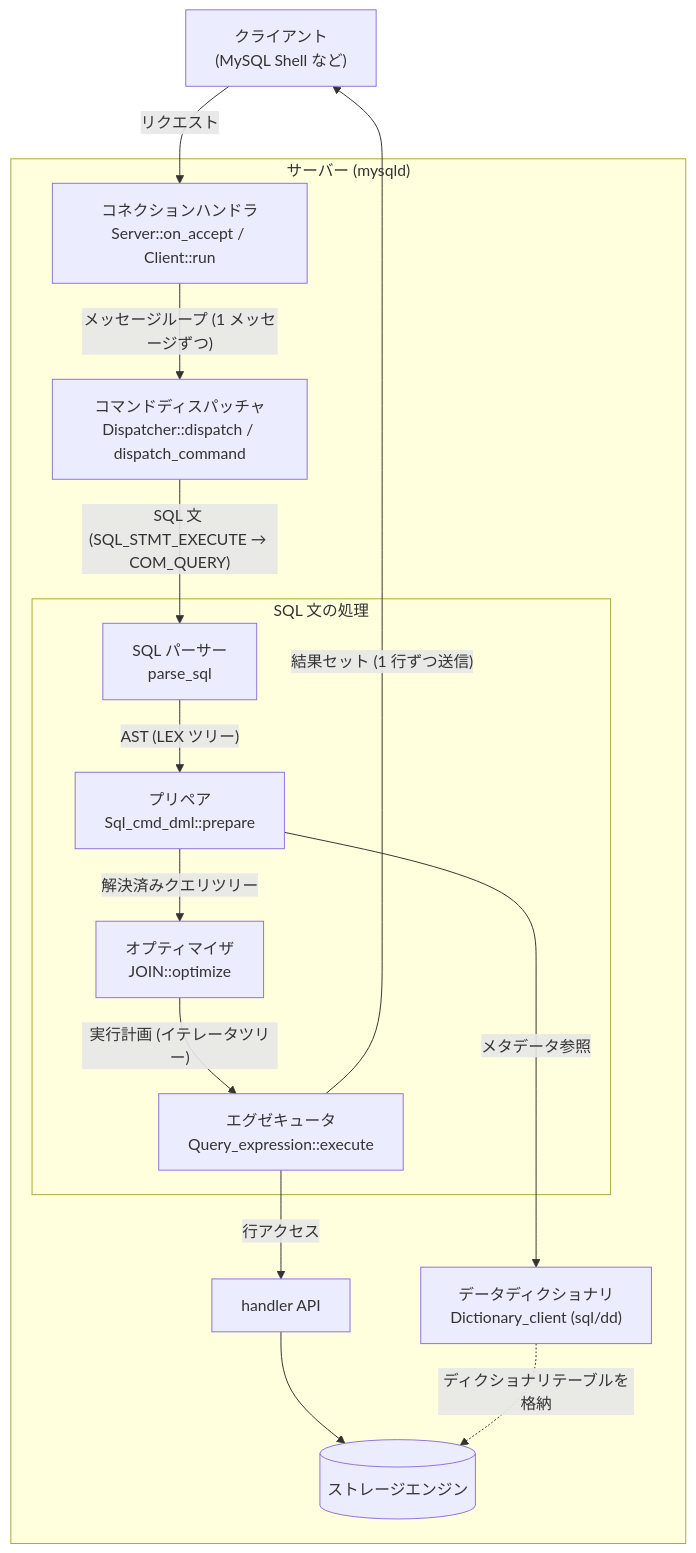
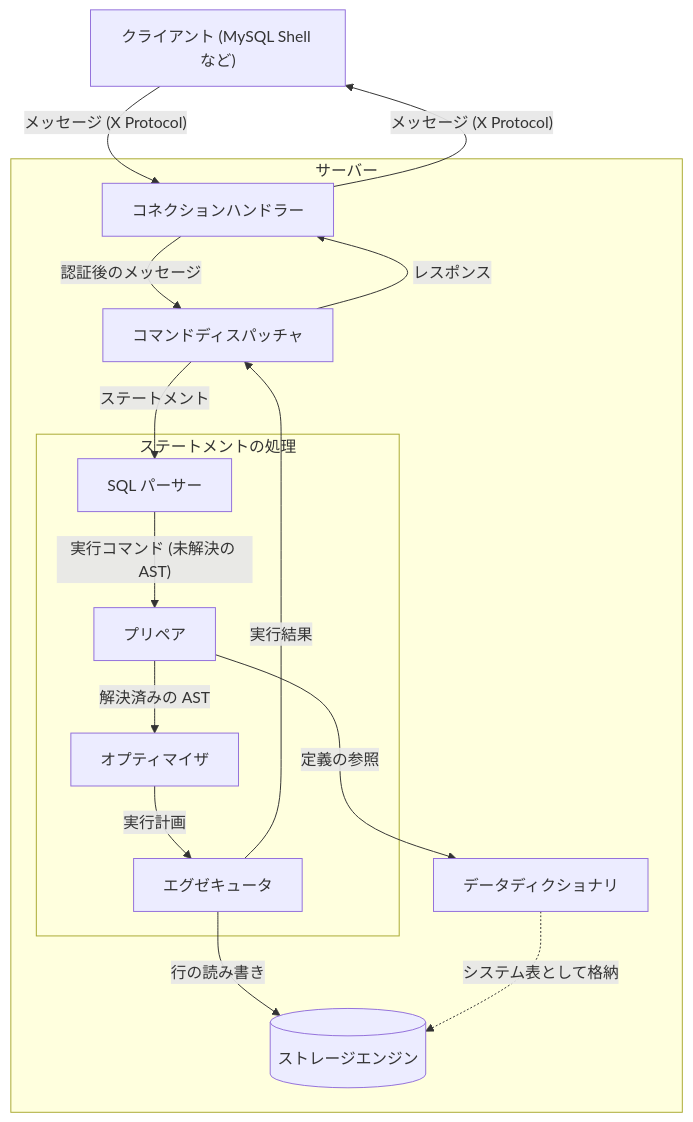
Before and after one commit to ren-yamanashi/minesql: the diagram in docs/specification/README.md, drawn with Mermaid. The commit also changed other lines of this file, not shown here.

````diff
--- a/docs/specification/README.md
+++ b/docs/specification/README.md
@@ -15,32 +7,32 @@
 ```mermaid
 flowchart TB
-    client["クライアント<br/>(MySQL Shell など)"]
+    client["クライアント (MySQL Shell など)"]
 
-    subgraph server["サーバー (mysqld)"]
-        conn["コネクションハンドラ<br/>Server::on_accept / Client::run"]
-        dispatcher["コマンドディスパッチャ<br/>Dispatcher::dispatch / dispatch_command"]
+    subgraph server["サーバー"]
+        conn["コネクションハンドラー"]
+        dispatcher["コマンドディスパッチャ"]
 
-        subgraph sqlproc["SQL 文の処理"]
-            parser["SQL パーサー<br/>parse_sql"]
-            prepare["プリペア<br/>Sql_cmd_dml::prepare"]
-            optimizer["オプティマイザ<br/>JOIN::optimize"]
-            executor["エグゼキュータ<br/>Query_expression::execute"]
+        subgraph sqlproc["ステートメントの処理"]
+            parser["SQL パーサー"]
+            prepare["プリペア"]
+            optimizer["オプティマイザ"]
+            executor["エグゼキュータ"]
         end
 
-        dict["データディクショナリ<br/>Dictionary_client (sql/dd)"]
-        handler["handler API"]
+        dict["データディクショナリ"]
         engine[("ストレージエンジン")]
     end
 
-    client -->|リクエスト| conn
-    conn -->|"メッセージループ (1 メッセージずつ)"| dispatcher
-    dispatcher -->|"SQL 文 (SQL_STMT_EXECUTE → COM_QUERY)"| parser
-    parser -->|"AST (LEX ツリー)"| prepare
-    prepare -->|解決済みクエリツリー| optimizer
-    prepare -->|メタデータ参照| dict
-    optimizer -->|"実行計画 (イテレータツリー)"| executor
-    executor -->|行アクセス| handler
-    executor -->|"結果セット (1 行ずつ送信)"| client
-    handler --> engine
-    dict -.->|ディクショナリテーブルを格納| engine
+    client -->|"メッセージ (X Protocol)"| conn
+    conn -->|"認証後のメッセージ"| dispatcher
+    dispatcher -->|"ステートメント"| parser
+    parser -->|"実行コマンド (未解決の AST)"| prepare
+    prepare -->|"解決済みの AST"| optimizer
+    prepare -->|"定義の参照"| dict
+    optimizer -->|"実行計画"| executor
+    executor -->|"行の読み書き"| engine
+    executor -->|"実行結果"| dispatcher
+    dispatcher -->|"レスポンス"| conn
+    conn -->|"メッセージ (X Protocol)"| client
+    dict -.->|"システム表として格納"| engine
 ```
````
